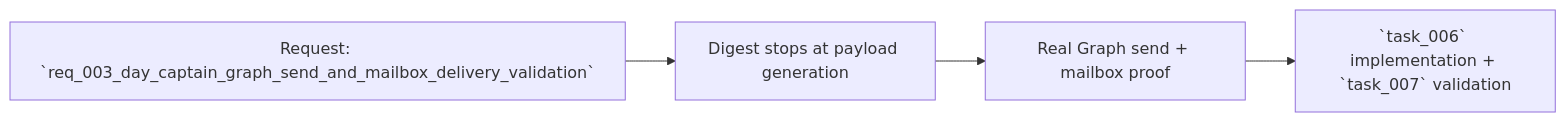
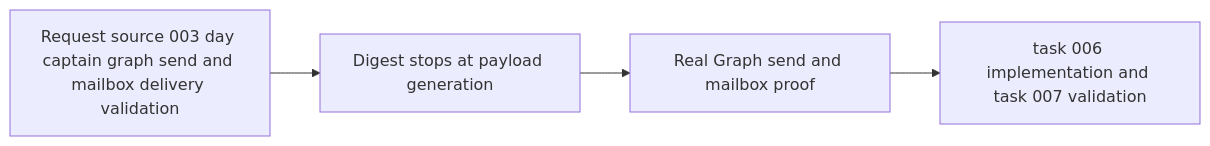
The diagram in logics/backlog/item_003_day_captain_graph_send_and_mailbox_delivery_validation.md (AlexAgo83/day-captain), drawn with Mermaid before and after one commit. The commit also changed 40 other files, not shown here.

Commit message:
Normalize Logics Mermaid diagrams

````diff
--- a/logics/backlog/item_003_day_captain_graph_send_and_mailbox_delivery_validation.md
+++ b/logics/backlog/item_003_day_captain_graph_send_and_mailbox_delivery_validation.md
@@ -30,6 +30,6 @@
 ```mermaid
 flowchart LR
-    Req[Request: `req_003_day_captain_graph_send_and_mailbox_delivery_validation`] --> Problem[Digest stops at payload generation]
-    Problem --> Scope[Real Graph send + mailbox proof]
-    Scope --> Tasks[`task_006` implementation + `task_007` validation]
+    Req[Request source 003 day captain graph send and mailbox delivery validation] --> Problem[Digest stops at payload generation]
+    Problem --> Scope[Real Graph send and mailbox proof]
+    Scope --> Tasks[task 006 implementation and task 007 validation]
 ```
````
